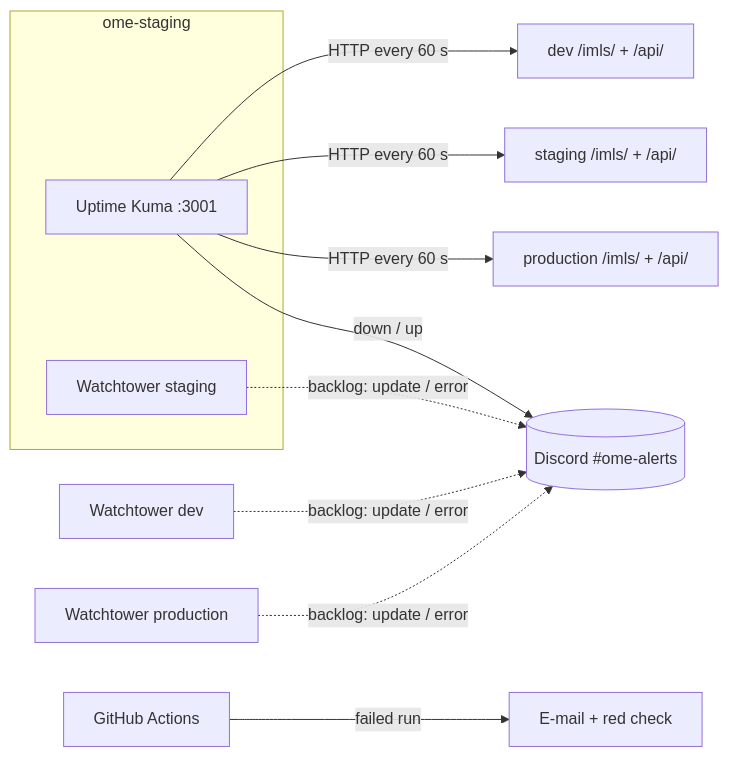
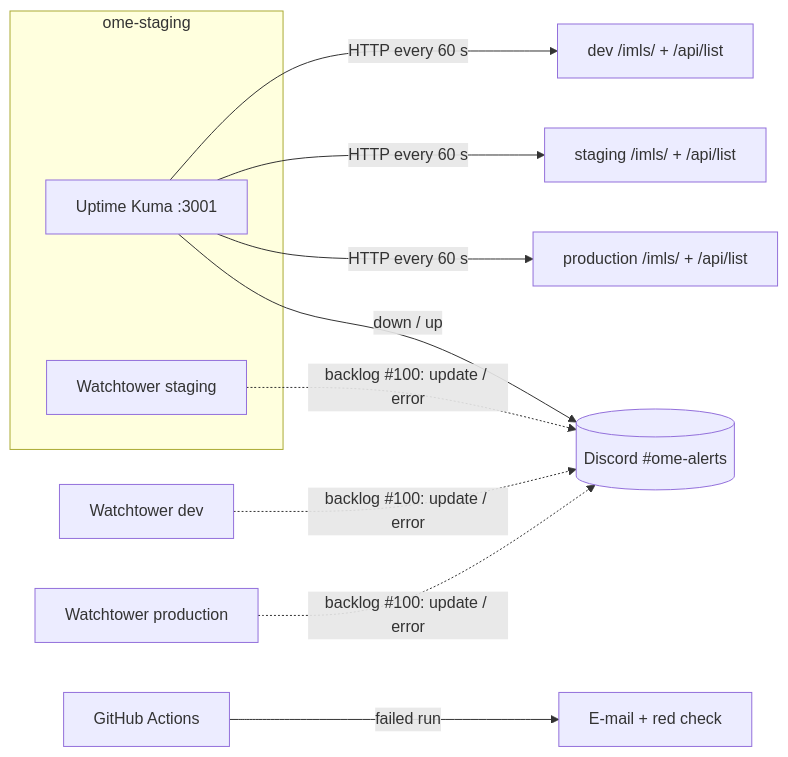
The diagram in docs/monitoring.md (odisee-ome-2627/ome-infra), drawn with Mermaid before and after one commit. The commit also changed other lines of this file and 7 other files, not shown here.

````diff
--- a/docs/monitoring.md
+++ b/docs/monitoring.md
@@ -18,15 +18,15 @@
 ```mermaid
 flowchart LR
   subgraph STG[ome-staging]
     UK[Uptime Kuma :3001]
     WT2[Watchtower staging]
   end
   WT1[Watchtower dev]
   WT3[Watchtower production]
-  UK -->|HTTP every 60 s| D[dev /imls/ + /api/]
-  UK -->|HTTP every 60 s| S[staging /imls/ + /api/]
-  UK -->|HTTP every 60 s| P[production /imls/ + /api/]
+  UK -->|HTTP every 60 s| D[dev /imls/ + /api/list]
+  UK -->|HTTP every 60 s| S[staging /imls/ + /api/list]
+  UK -->|HTTP every 60 s| P[production /imls/ + /api/list]
   UK -->|down / up| DC[(Discord #ome-alerts)]
-  WT1 & WT2 & WT3 -.->|backlog: update / error| DC
+  WT1 & WT2 & WT3 -.->|backlog #100: update / error| DC
   GH[GitHub Actions] -->|failed run| MAIL[E-mail + red check]
 ```
````
